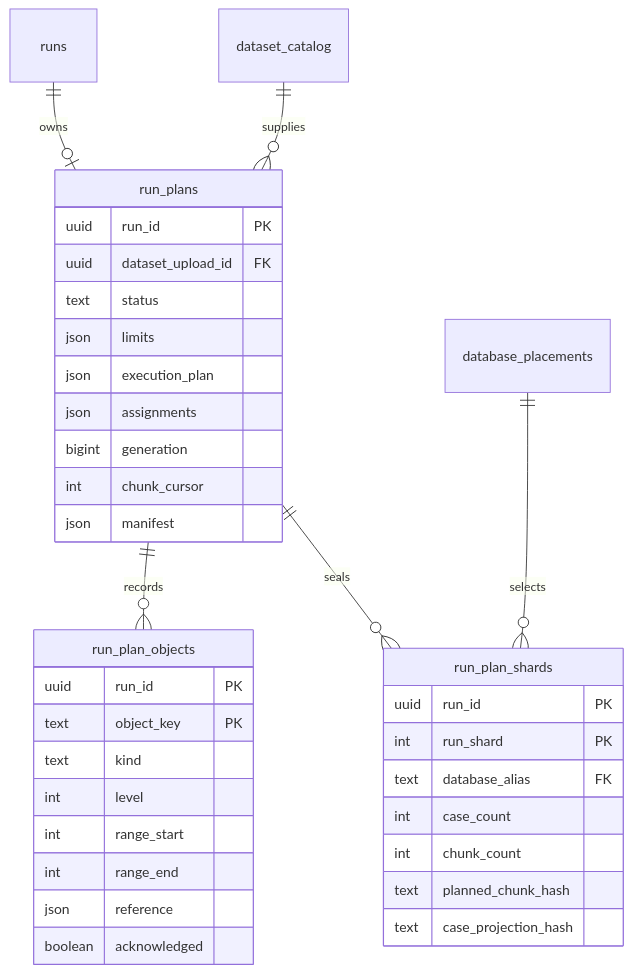
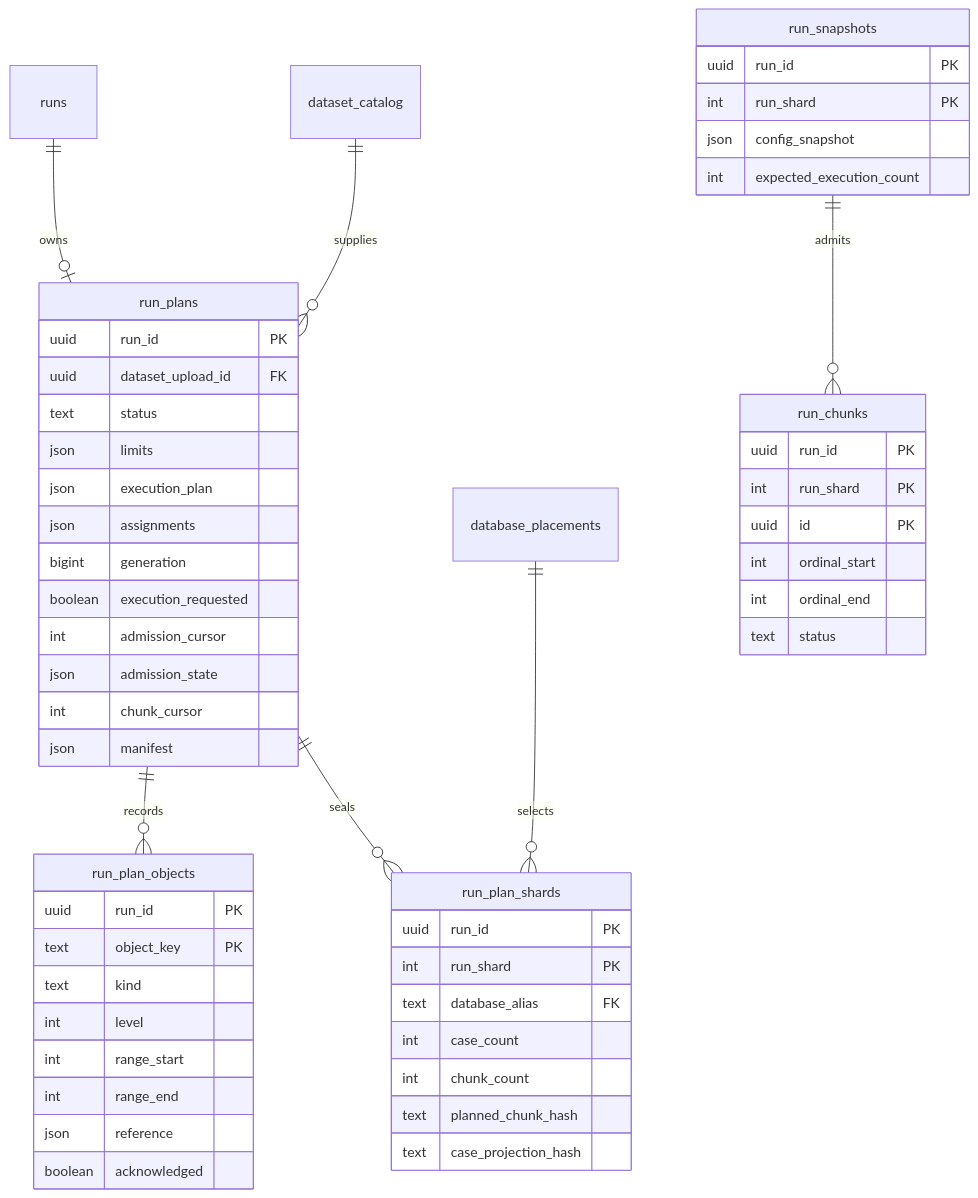
One commit to agent-vigilo/vigilo changed the diagram in web/docs/architecture/case-storage/preparation-data.mmd. Above: the diagram before and after it, drawn with Mermaid. The commit also changed 112 other files, not shown here.

```diff
--- a/web/docs/architecture/case-storage/preparation-data.mmd
+++ b/web/docs/architecture/case-storage/preparation-data.mmd
@@ -1,36 +1,54 @@
 erDiagram
     runs ||--o| run_plans : owns
     dataset_catalog ||--o{ run_plans : supplies
     run_plans ||--o{ run_plan_objects : records
     run_plans ||--o{ run_plan_shards : seals
     database_placements ||--o{ run_plan_shards : selects
     run_plans {
         uuid run_id PK
         uuid dataset_upload_id FK
         text status
         json limits
         json execution_plan
         json assignments
         bigint generation
+        boolean execution_requested
+        int admission_cursor
+        json admission_state
         int chunk_cursor
         json manifest
     }
     run_plan_objects {
         uuid run_id PK
         text object_key PK
         text kind
         int level
         int range_start
         int range_end
         json reference
         boolean acknowledged
     }
     run_plan_shards {
         uuid run_id PK
         int run_shard PK
         text database_alias FK
         int case_count
         int chunk_count
         text planned_chunk_hash
         text case_projection_hash
     }
+    run_snapshots {
+        uuid run_id PK
+        int run_shard PK
+        json config_snapshot
+        int expected_execution_count
+    }
+    run_chunks {
+        uuid run_id PK
+        int run_shard PK
+        uuid id PK
+        int ordinal_start
+        int ordinal_end
+        text status
+    }
+    run_snapshots ||--o{ run_chunks : admits
```
